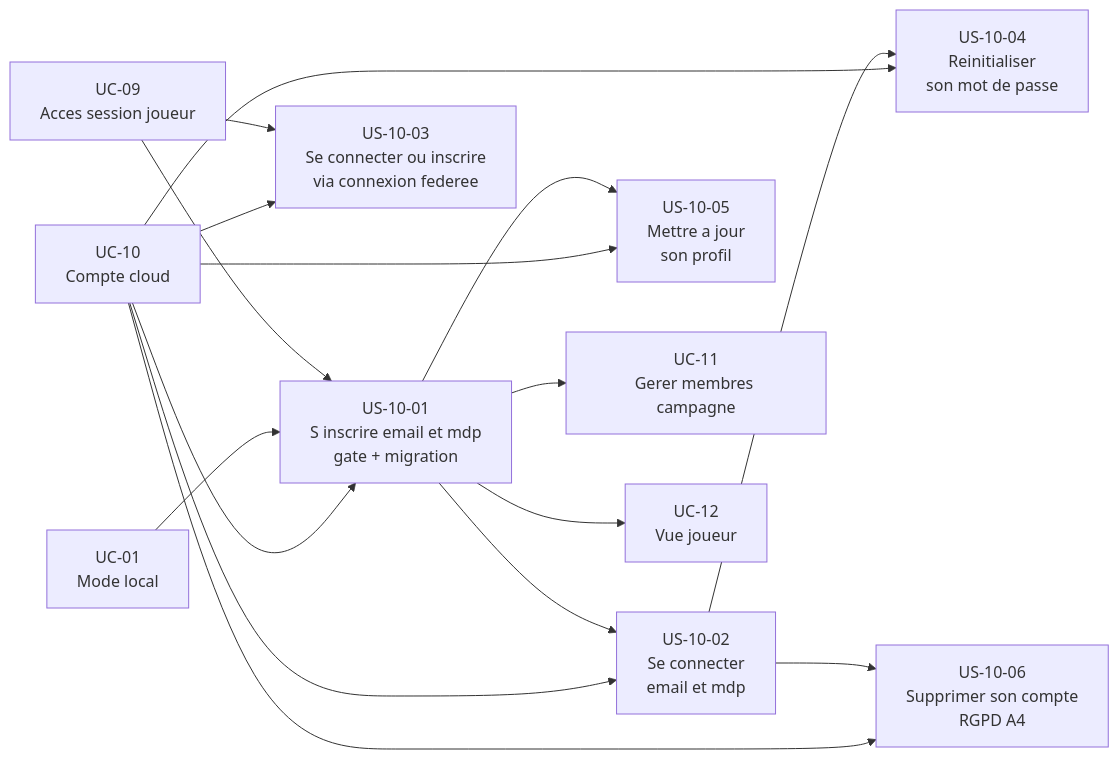
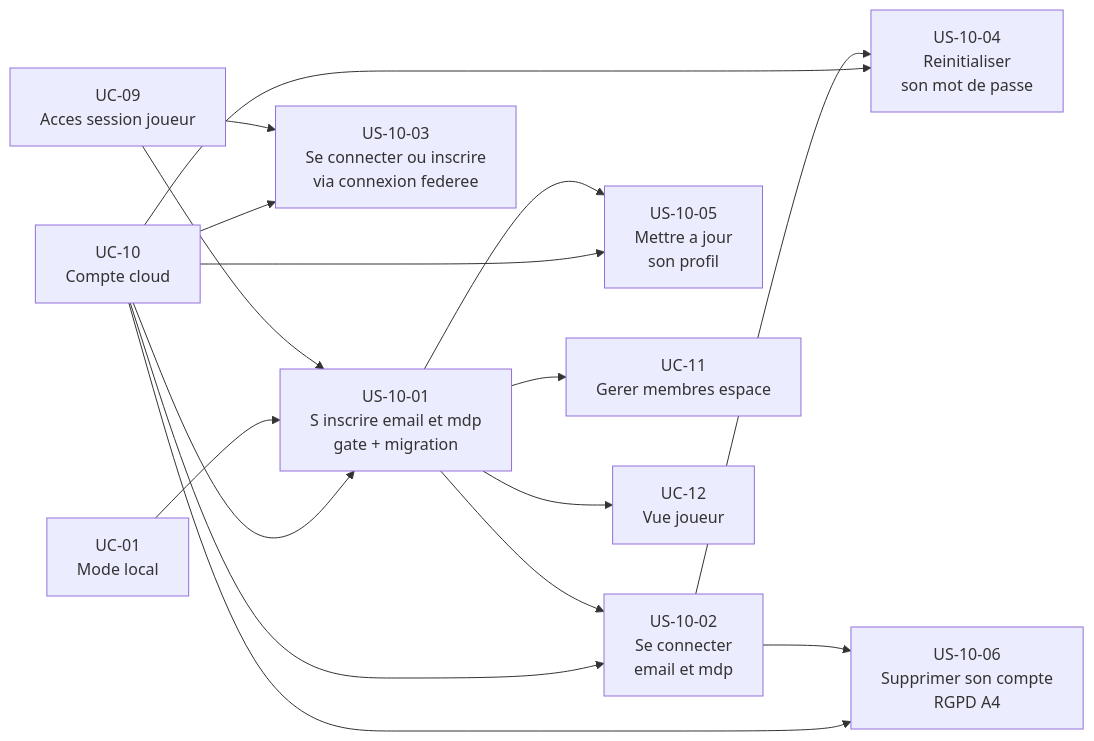
Before and after one commit to 2025-10-CDA-ECO-P6/PM-micro-saas: the second of 2 diagrams in docs/conception/besoin/user-stories/US-UC-10-compte-cloud.md, drawn with Mermaid. The commit also changed other lines of this file and 140 other files, not shown here.

````diff
--- a/docs/conception/besoin/user-stories/US-UC-10-compte-cloud.md
+++ b/docs/conception/besoin/user-stories/US-UC-10-compte-cloud.md
@@ -99,34 +99,34 @@
 ```mermaid
 flowchart LR
     US1001[US-10-01\nS inscrire email et mdp\ngate + migration]
     US1002[US-10-02\nSe connecter\nemail et mdp]
     US1003[US-10-03\nSe connecter ou inscrire\nvia connexion federee]
     US1004[US-10-04\nReinitialiser\nson mot de passe]
     US1005[US-10-05\nMettre a jour\nson profil]
     US1006[US-10-06\nSupprimer son compte\nRGPD A4]
 
     UC10[UC-10\nCompte cloud]
     UC01[UC-01\nMode local]
     UC09[UC-09\nAcces session joueur]
-    UC11[UC-11\nGerer membres campagne]
+    UC11[UC-11\nGerer membres espace]
     UC12[UC-12\nVue joueur]
 
     UC10 --> US1001
     UC10 --> US1002
     UC10 --> US1003
     UC10 --> US1004
     UC10 --> US1005
     UC10 --> US1006
 
     UC01 --> US1001
     UC09 --> US1001
     UC09 --> US1003
 
     US1001 --> US1002
     US1002 --> US1004
     US1001 --> US1005
     US1002 --> US1006
 
     US1001 --> UC11
     US1001 --> UC12
 ```
````
